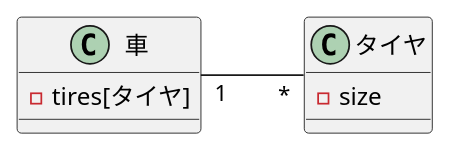
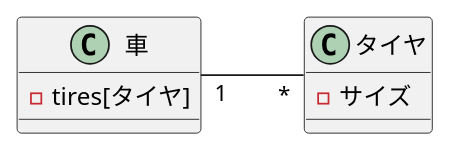
One commit to sotawfd/testuml changed the diagram in 演習3-4_クラス図.pu. Above: the diagram before and after it, drawn with PlantUML. The commit also changed 18 other files, not shown here.

```diff
--- a/演習3-4_クラス図.pu
+++ b/演習3-4_クラス図.pu
@@ -1,10 +1,10 @@
 @startuml 演習3-4_クラス図
 left to right direction
 class "車" as car {
 - tires[タイヤ]
 }
 class "タイヤ" as taire {
-- size
+- サイズ
 }
 car "1" --"*" taire
 @enduml
```
